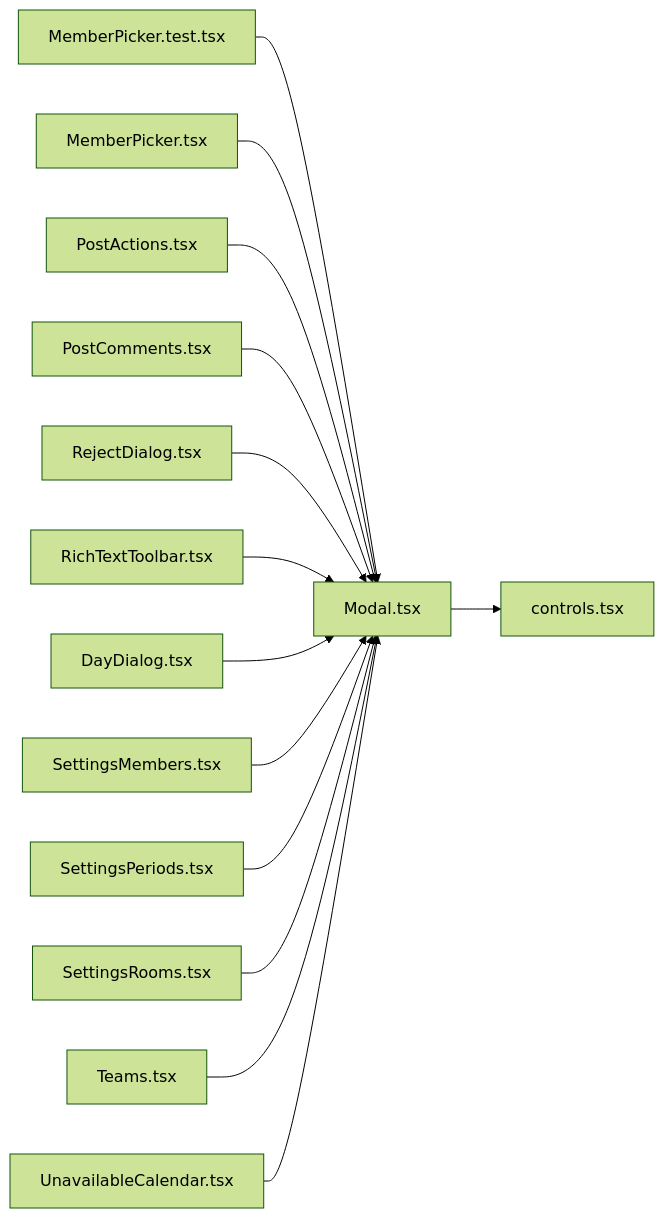
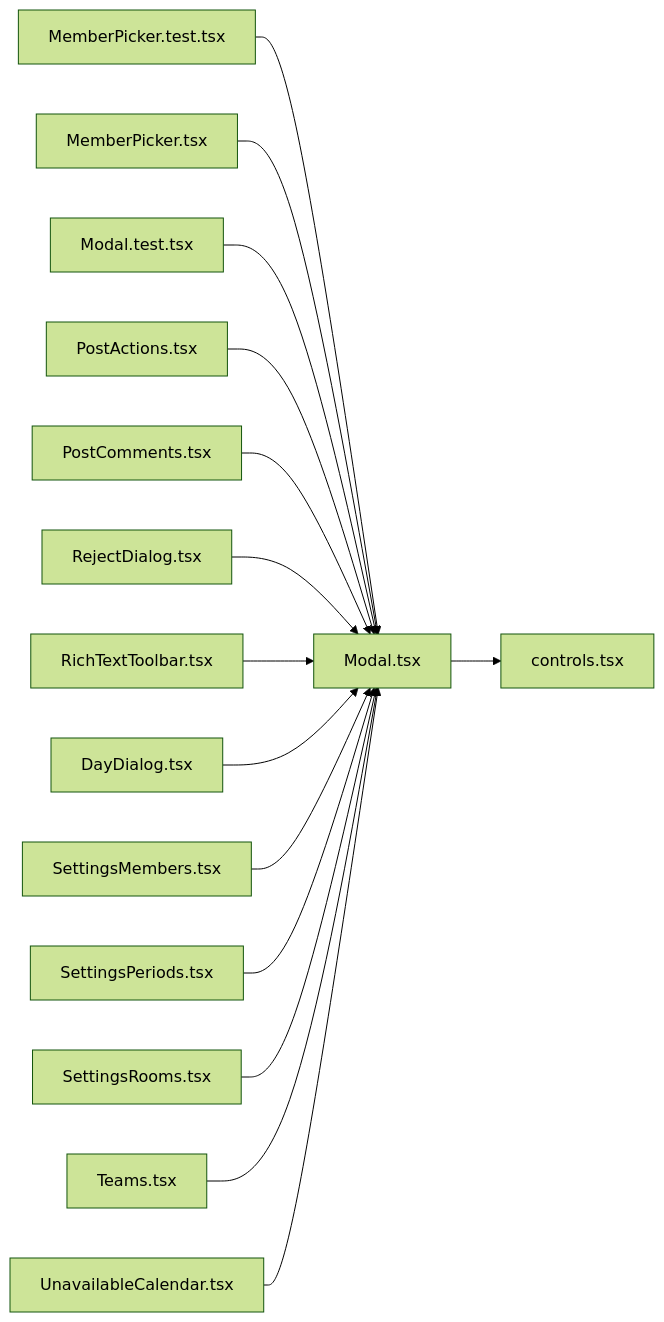
One commit to minkong-dev/Banblit changed the diagram in .cluedoc/graph/frontend/src/components/Modal.md. Above: the diagram before and after it, drawn with Mermaid (forest theme). The commit also changed other lines of this file and 6 other files, not shown here.

Commit message:
frontend: open modals before child effects so timelines scroll in production

````diff
--- a/.cluedoc/graph/frontend/src/components/Modal.md
+++ b/.cluedoc/graph/frontend/src/components/Modal.md
@@ -10,17 +10,18 @@
 ```mermaid
 flowchart LR
   frontend_src_components_Modal["Modal.tsx"]
   frontend_src_components_Modal --> frontend_src_components_controls["controls.tsx"]
   frontend_src_components_MemberPicker_test["MemberPicker.test.tsx"] --> frontend_src_components_Modal
   frontend_src_components_MemberPicker["MemberPicker.tsx"] --> frontend_src_components_Modal
+  frontend_src_components_Modal_test["Modal.test.tsx"] --> frontend_src_components_Modal
   frontend_src_components_PostActions["PostActions.tsx"] --> frontend_src_components_Modal
   frontend_src_components_PostComments["PostComments.tsx"] --> frontend_src_components_Modal
   frontend_src_components_RejectDialog["RejectDialog.tsx"] --> frontend_src_components_Modal
   frontend_src_components_RichTextToolbar["RichTextToolbar.tsx"] --> frontend_src_components_Modal
   frontend_src_routes_DayDialog["DayDialog.tsx"] --> frontend_src_components_Modal
   frontend_src_routes_SettingsMembers["SettingsMembers.tsx"] --> frontend_src_components_Modal
   frontend_src_routes_SettingsPeriods["SettingsPeriods.tsx"] --> frontend_src_components_Modal
   frontend_src_routes_SettingsRooms["SettingsRooms.tsx"] --> frontend_src_components_Modal
   frontend_src_routes_Teams["Teams.tsx"] --> frontend_src_components_Modal
   frontend_src_routes_UnavailableCalendar["UnavailableCalendar.tsx"] --> frontend_src_components_Modal
 ```
````
